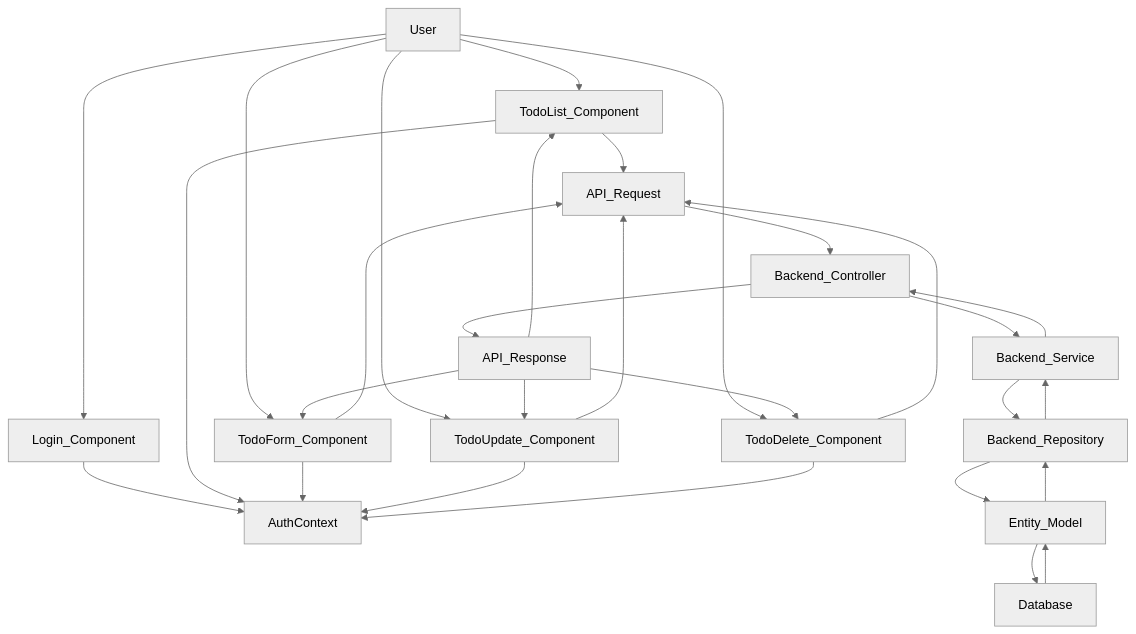
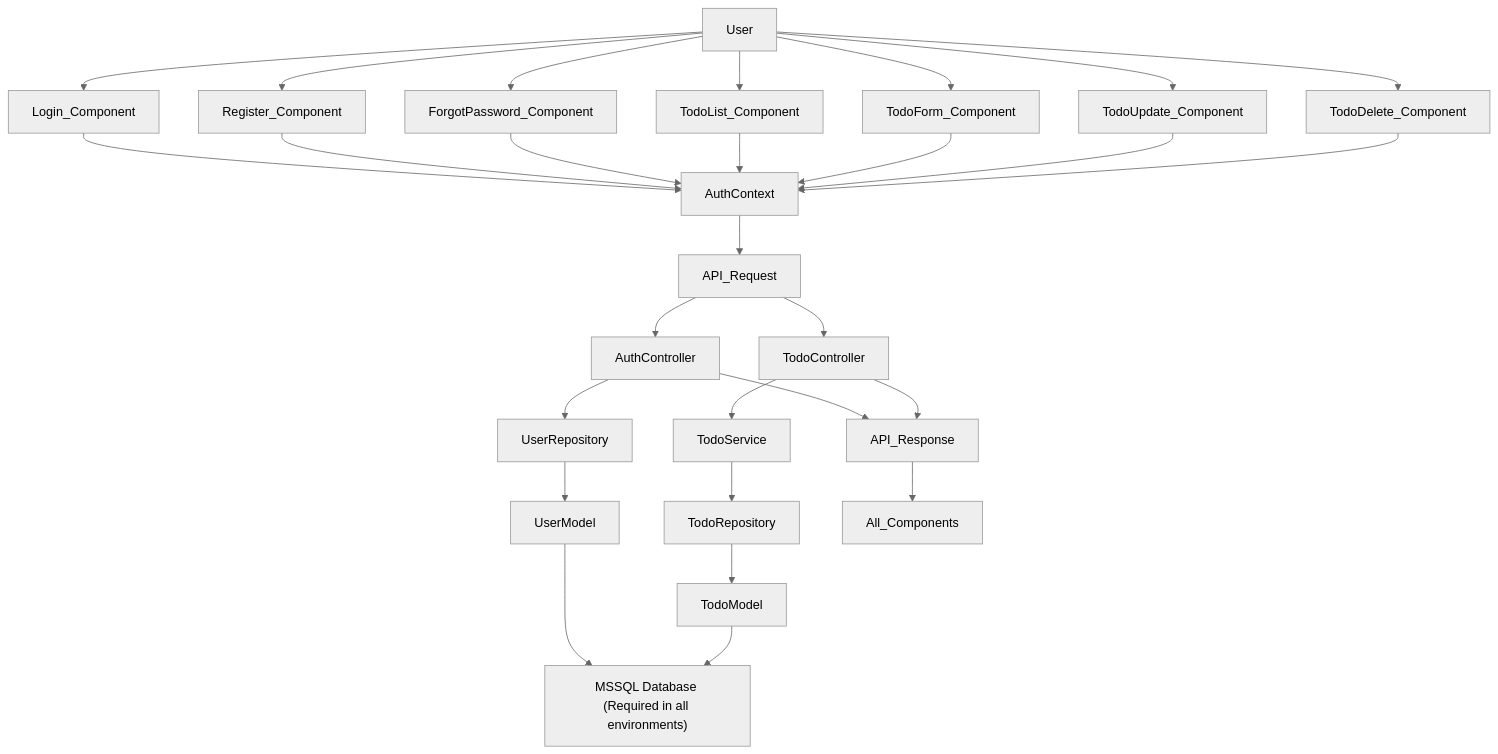
Before and after one commit to ravs788/todo-solution: the first of 2 diagrams in flow-diagram.md, drawn with Mermaid (neutral theme). The commit also changed other lines of this file and 7 other files, not shown here.

````diff
--- a/flow-diagram.md
+++ b/flow-diagram.md
@@ -5,36 +9,39 @@
 ```mermaid
 flowchart TD
 User --> Login_Component
+User --> Register_Component
+User --> ForgotPassword_Component
 User --> TodoList_Component
 User --> TodoForm_Component
 User --> TodoUpdate_Component
 User --> TodoDelete_Component
 
 Login_Component --> AuthContext
+Register_Component --> AuthContext
+ForgotPassword_Component --> AuthContext
 TodoList_Component --> AuthContext
 TodoForm_Component --> AuthContext
 TodoUpdate_Component --> AuthContext
 TodoDelete_Component --> AuthContext
 
-TodoList_Component --> API_Request
-TodoForm_Component --> API_Request
-TodoUpdate_Component --> API_Request
-TodoDelete_Component --> API_Request
+AuthContext --> API_Request
 
-API_Request --> Backend_Controller
-Backend_Controller --> Backend_Service
-Backend_Service --> Backend_Repository
-Backend_Repository --> Entity_Model
-Entity_Model --> Database
+API_Request --> AuthController
+API_Request --> TodoController
 
-Database --> Entity_Model
-Entity_Model --> Backend_Repository
-Backend_Repository --> Backend_Service
-Backend_Service --> Backend_Controller
+AuthController --> UserRepository
+TodoController --> TodoService
+TodoService --> TodoRepository
 
-Backend_Controller --> API_Response
-API_Response --> TodoList_Component
-API_Response --> TodoForm_Component
-API_Response --> TodoUpdate_Component
-API_Response --> TodoDelete_Component
+UserRepository --> UserModel
+TodoRepository --> TodoModel
+
+UserModel --> MSSQL_Database
+TodoModel --> MSSQL_Database
+
+AuthController --> API_Response
+TodoController --> API_Response
+API_Response --> All_Components
+
+MSSQL_Database["MSSQL Database (Required in all environments)"]
 ```
````
